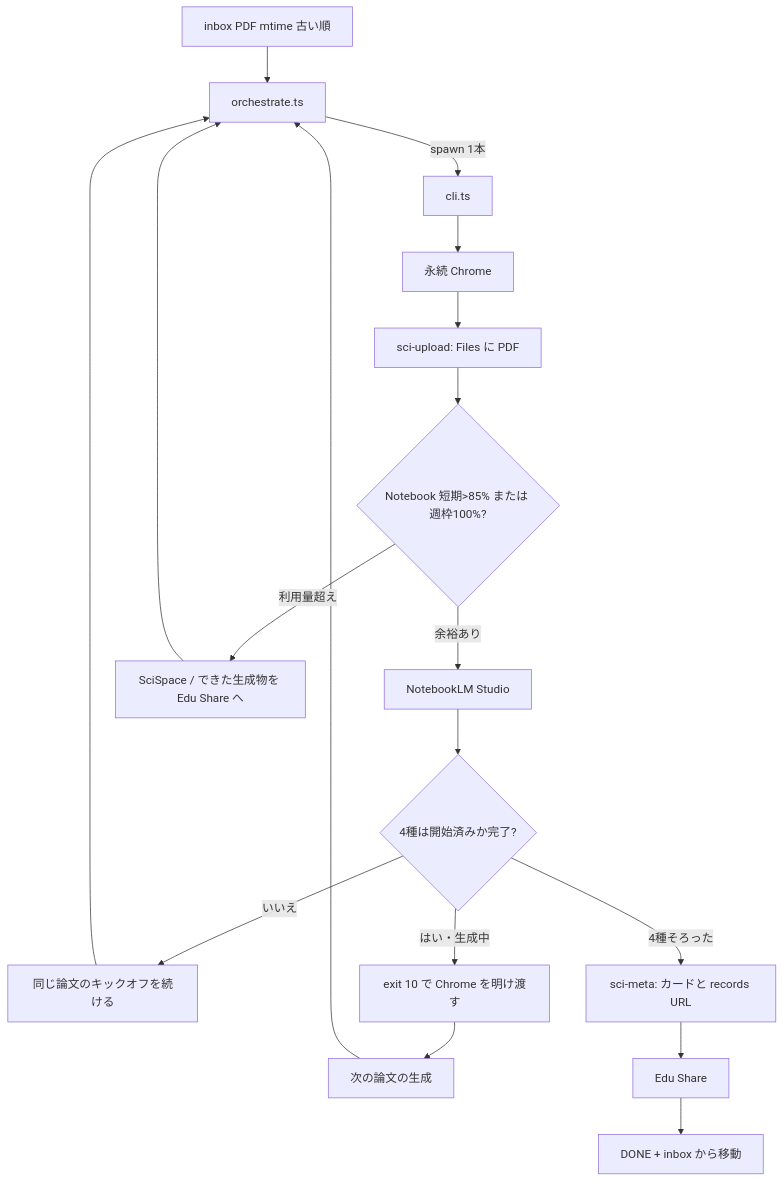
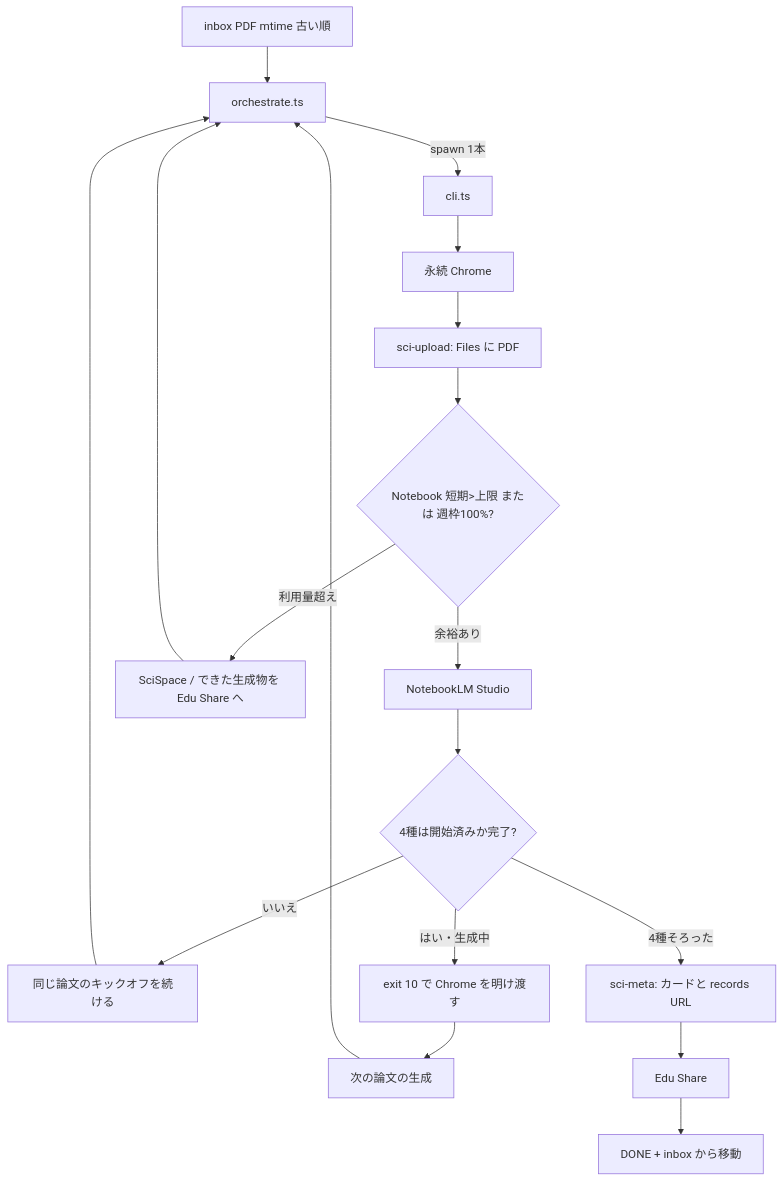
One commit to doren-hub/Edu-Share changed the first of 4 diagrams in tools/paper-pipeline/docs/flow.md. Above: the diagram before and after it, drawn with Mermaid. The commit also changed other lines of this file and 7 other files, not shown here.

````diff
--- a/tools/paper-pipeline/docs/flow.md
+++ b/tools/paper-pipeline/docs/flow.md
@@ -11,20 +11,20 @@
 ```mermaid
 flowchart TD
   inbox[inbox PDF mtime 古い順] --> orch[orchestrate.ts]
   orch -->|spawn 1本| worker[cli.ts]
   worker --> chrome[永続 Chrome]
   chrome --> sciUp[sci-upload: Files に PDF]
-  sciUp --> quota{Notebook 短期>85% または 週枠100%?}
+  sciUp --> quota{Notebook 短期>上限 または 週枠100%?}
   quota -->|余裕あり| nlm[NotebookLM Studio]
   quota -->|利用量超え| harvest[SciSpace / できた生成物を Edu Share へ]
   harvest --> orch
   nlm --> wait{4種は開始済みか完了?}
   wait -->|いいえ| same[同じ論文のキックオフを続ける]
   same --> orch
   wait -->|はい・生成中| yield[exit 10 で Chrome を明け渡す]
   yield --> next[次の論文の生成]
   next --> orch
   wait -->|4種そろった| sciMeta[sci-meta: カードと records URL]
   sciMeta --> edu[Edu Share]
   edu --> done[DONE + inbox から移動]
 ```
````
